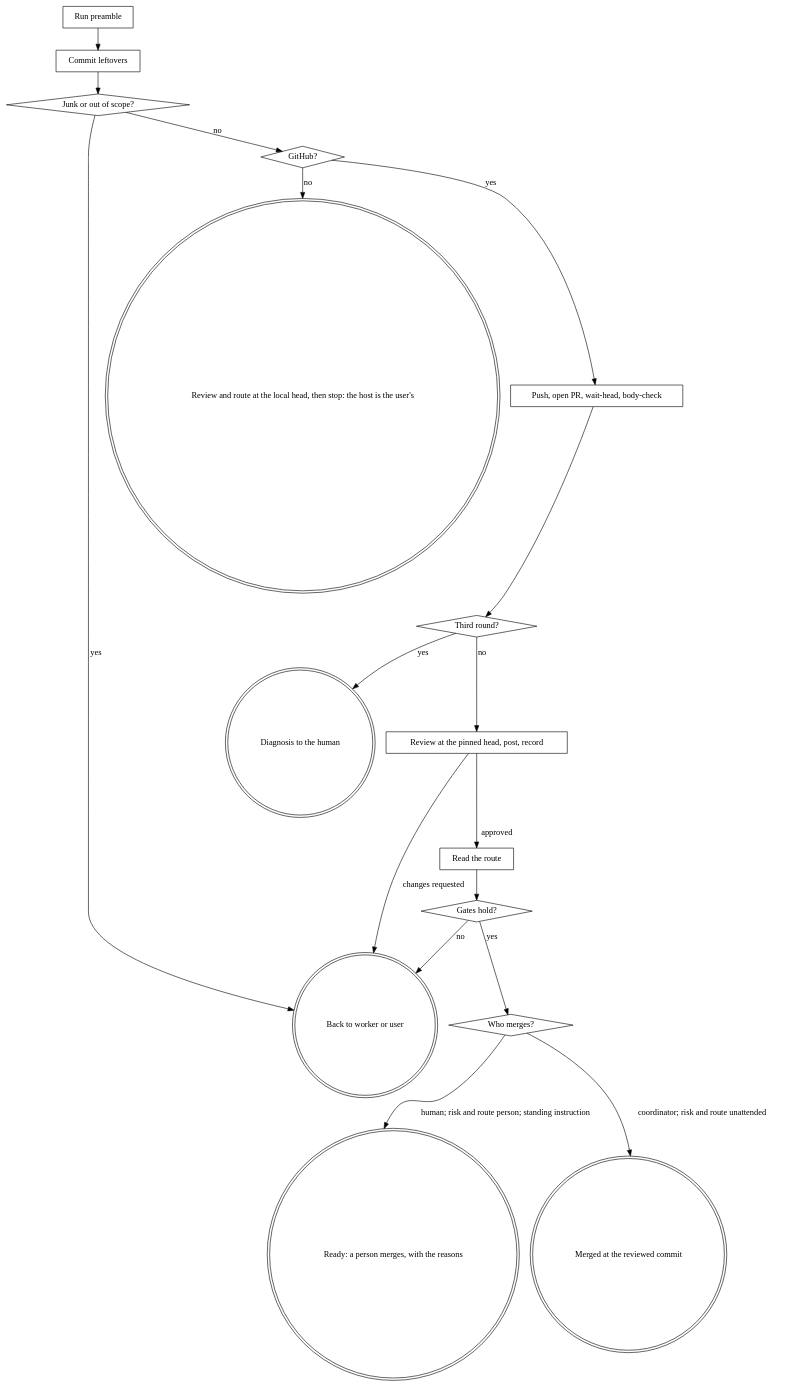
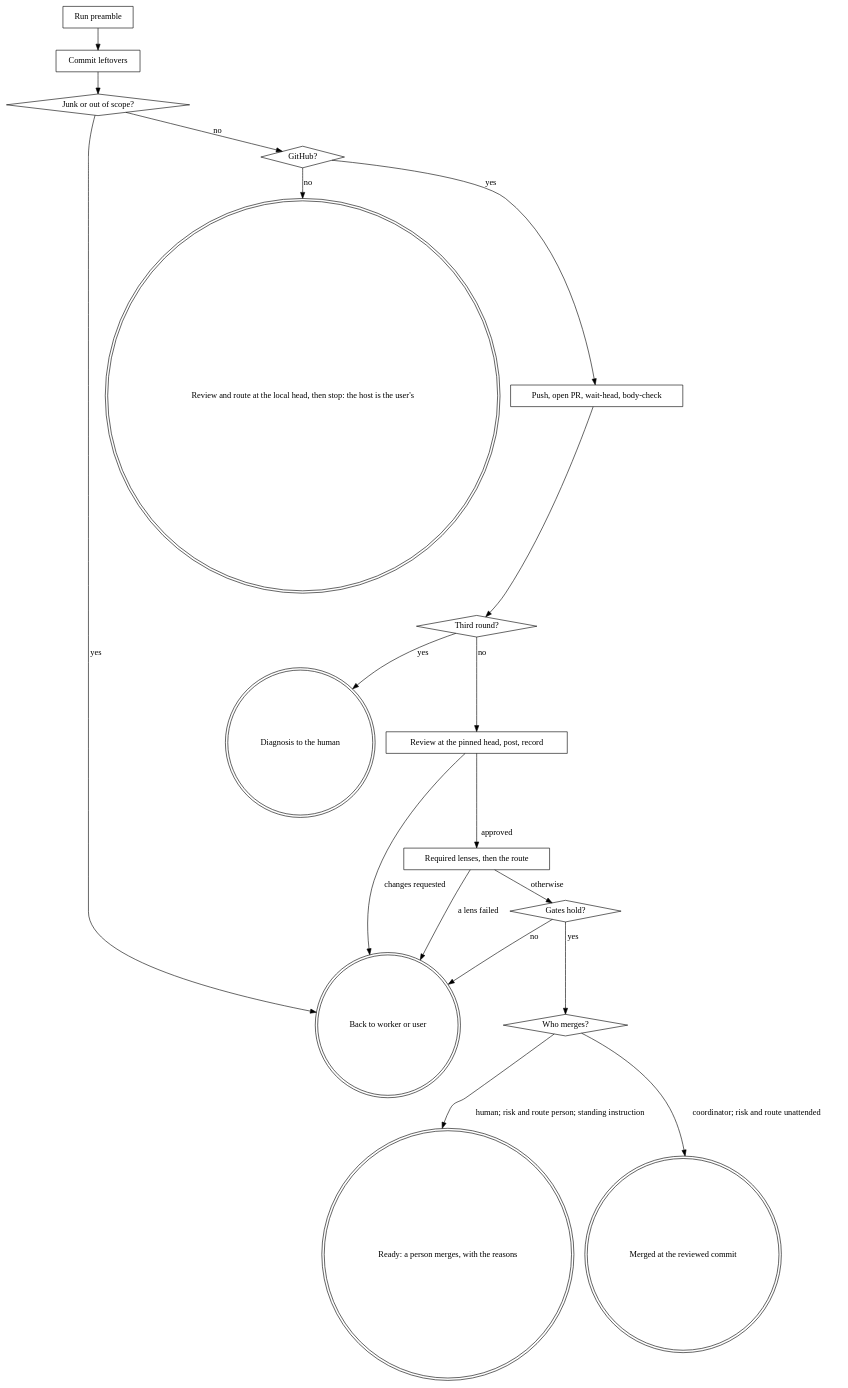
One commit to Yesterday-AI/ytstack changed the diagram in skills/finish-lane/SKILL.md. Above: the diagram before and after it, drawn with Graphviz. The commit also changed other lines of this file and 8 other files, not shown here.

First line of the commit message:
M025-S03-T04: code-review and finish-lane dispatch the required lenses and record them

````diff
--- a/skills/finish-lane/SKILL.md
+++ b/skills/finish-lane/SKILL.md
@@ -50,35 +51,36 @@
 ```dot
 digraph finish_lane {
     "Run preamble" [shape=box];
     "Commit leftovers" [shape=box];
     "Junk or out of scope?" [shape=diamond];
     "Back to worker or user" [shape=doublecircle];
     "GitHub?" [shape=diamond];
     "Review and route at the local head, then stop: the host is the user's" [shape=doublecircle];
     "Push, open PR, wait-head, body-check" [shape=box];
     "Third round?" [shape=diamond];
     "Diagnosis to the human" [shape=doublecircle];
     "Review at the pinned head, post, record" [shape=box];
-    "Read the route" [shape=box];
+    "Required lenses, then the route" [shape=box];
     "Gates hold?" [shape=diamond];
     "Who merges?" [shape=diamond];
     "Ready: a person merges, with the reasons" [shape=doublecircle];
     "Merged at the reviewed commit" [shape=doublecircle];
 
     "Run preamble" -> "Commit leftovers" -> "Junk or out of scope?";
     "Junk or out of scope?" -> "Back to worker or user" [label="yes"];
     "Junk or out of scope?" -> "GitHub?" [label="no"];
     "GitHub?" -> "Review and route at the local head, then stop: the host is the user's" [label="no"];
     "GitHub?" -> "Push, open PR, wait-head, body-check" [label="yes"];
     "Push, open PR, wait-head, body-check" -> "Third round?";
     "Third round?" -> "Diagnosis to the human" [label="yes"];
     "Third round?" -> "Review at the pinned head, post, record" [label="no"];
     "Review at the pinned head, post, record" -> "Back to worker or user" [label="changes requested"];
-    "Review at the pinned head, post, record" -> "Read the route" [label="approved"];
-    "Read the route" -> "Gates hold?";
+    "Review at the pinned head, post, record" -> "Required lenses, then the route" [label="approved"];
+    "Required lenses, then the route" -> "Back to worker or user" [label="a lens failed"];
+    "Required lenses, then the route" -> "Gates hold?" [label="otherwise"];
     "Gates hold?" -> "Back to worker or user" [label="no"];
     "Gates hold?" -> "Who merges?" [label="yes"];
     "Who merges?" -> "Ready: a person merges, with the reasons" [label="human; risk and route person; standing instruction"];
     "Who merges?" -> "Merged at the reviewed commit" [label="coordinator; risk and route unattended"];
 }
 ```
````
